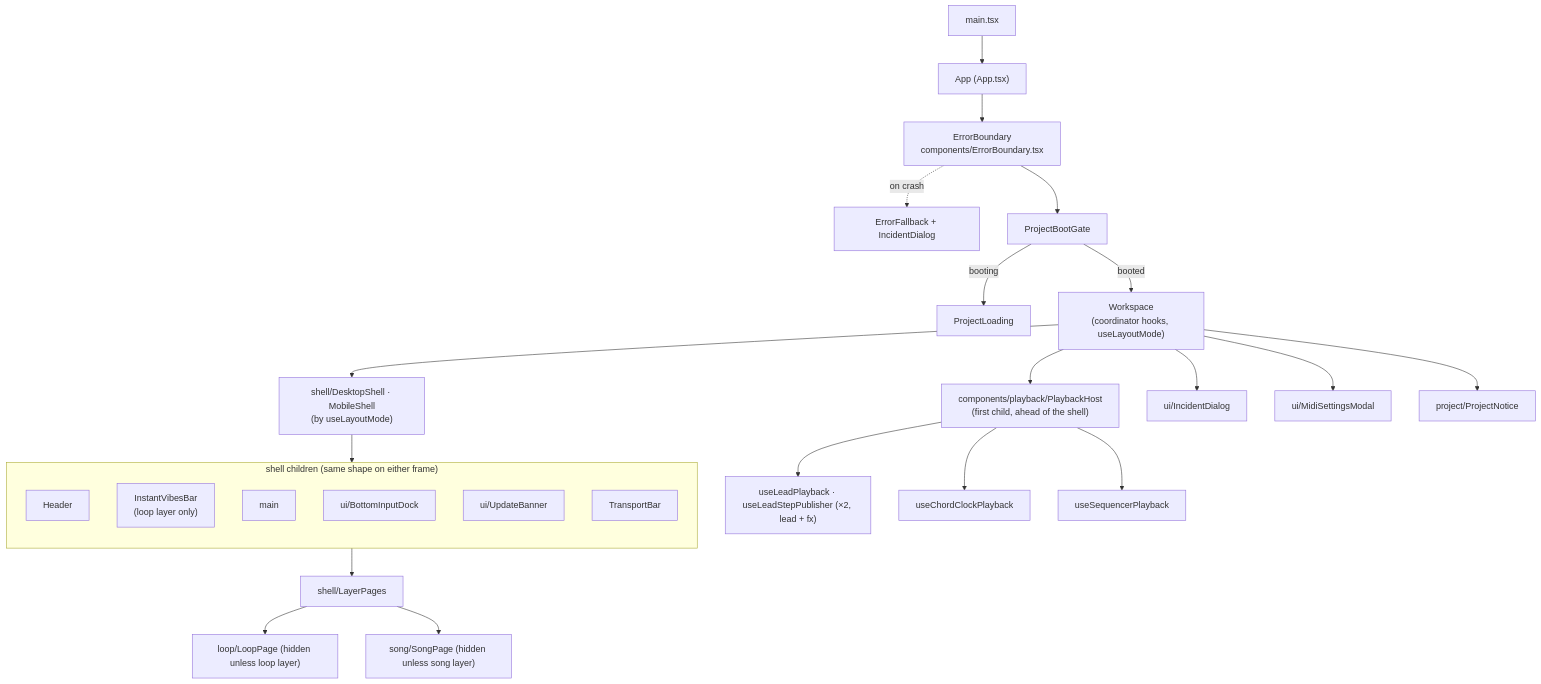
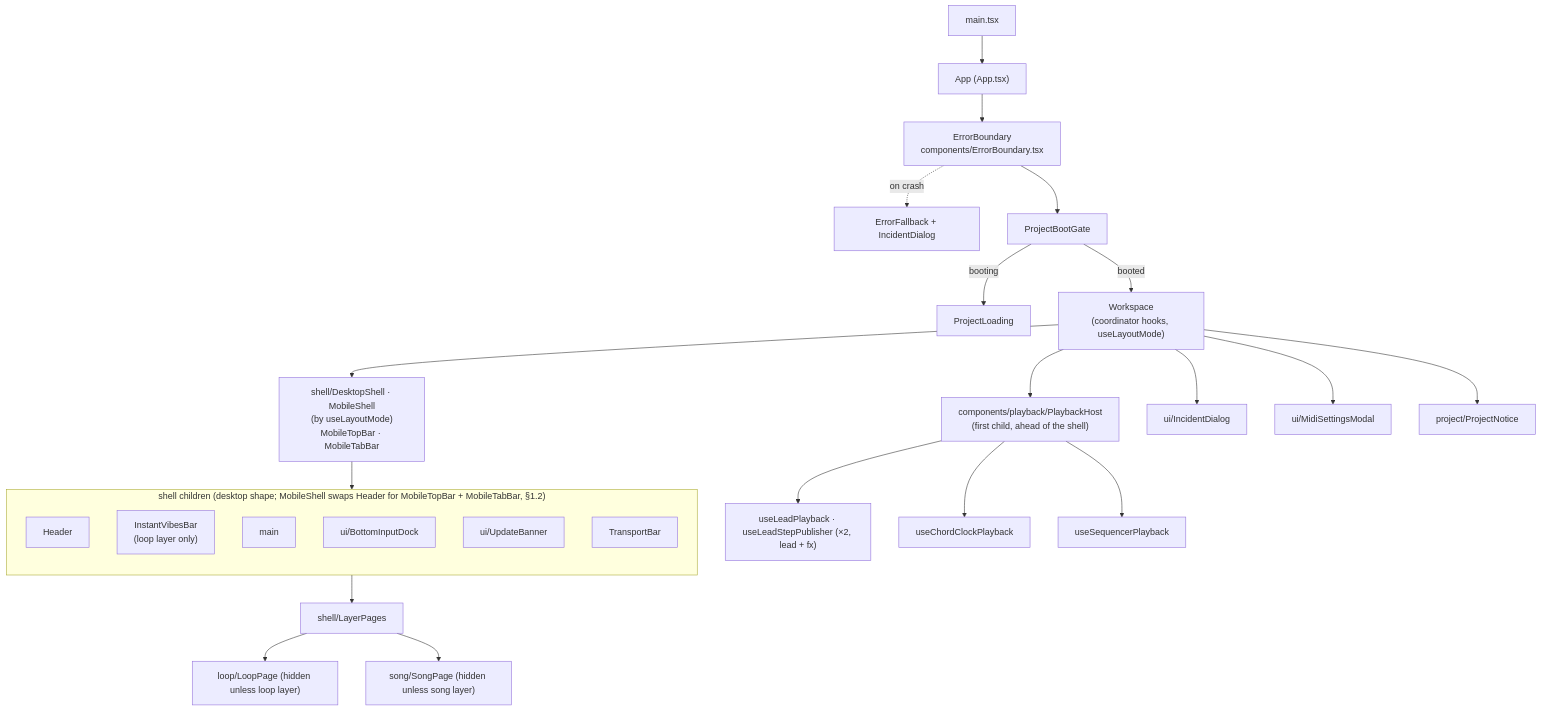
One commit to themiddnight/solna changed the first of 5 diagrams in docs/architecture/structure/01-ui.md. Above: the diagram before and after it, drawn with Mermaid. The commit also changed other lines of this file and 9 other files, not shown here.

Commit message:
docs: ADR-0041 mobile frame, rules R318-R321 (DEV-431)

````diff
--- a/docs/architecture/structure/01-ui.md
+++ b/docs/architecture/structure/01-ui.md
@@ -48,30 +57,30 @@
 ```mermaid
 flowchart TB
   main["main.tsx"] --> App["App (App.tsx)"]
   App --> EB["ErrorBoundary<br/>components/ErrorBoundary.tsx"]
   EB -. on crash .-> EF["ErrorFallback + IncidentDialog"]
   EB --> Gate["ProjectBootGate"]
   Gate -- booting --> PL["ProjectLoading"]
   Gate -- booted --> WS["Workspace<br/>(coordinator hooks, useLayoutMode)"]
   WS --> PB["components/playback/PlaybackHost<br/>(first child, ahead of the shell)"]
   PB --> LHook["useLeadPlayback · useLeadStepPublisher (×2, lead + fx)"]
   PB --> CHook["useChordClockPlayback"]
   PB --> SHook["useSequencerPlayback"]
-  WS --> Shell["shell/DesktopShell · MobileShell<br/>(by useLayoutMode)"]
-  subgraph shell["shell children (same shape on either frame)"]
+  WS --> Shell["shell/DesktopShell · MobileShell<br/>(by useLayoutMode)<br/>MobileTopBar · MobileTabBar"]
+  subgraph shell["shell children (desktop shape; MobileShell swaps Header for MobileTopBar + MobileTabBar, §1.2)"]
     direction TB
     H["Header"]
     V["InstantVibesBar<br/>(loop layer only)"]
     M["main"]
     D["ui/BottomInputDock"]
     U["ui/UpdateBanner"]
     T["TransportBar"]
   end
   Shell --> shell
   WS --> I["ui/IncidentDialog"]
   WS --> MI["ui/MidiSettingsModal"]
   WS --> PN["project/ProjectNotice"]
   M --> LP["shell/LayerPages"]
   LP --> LPage["loop/LoopPage (hidden unless loop layer)"]
   LP --> SP["song/SongPage (hidden unless song layer)"]
 ```
````
